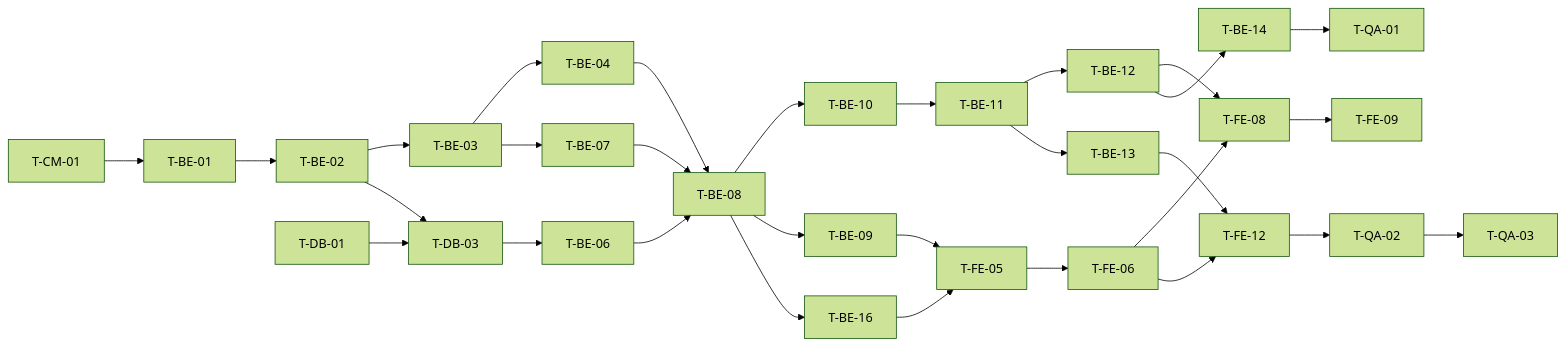
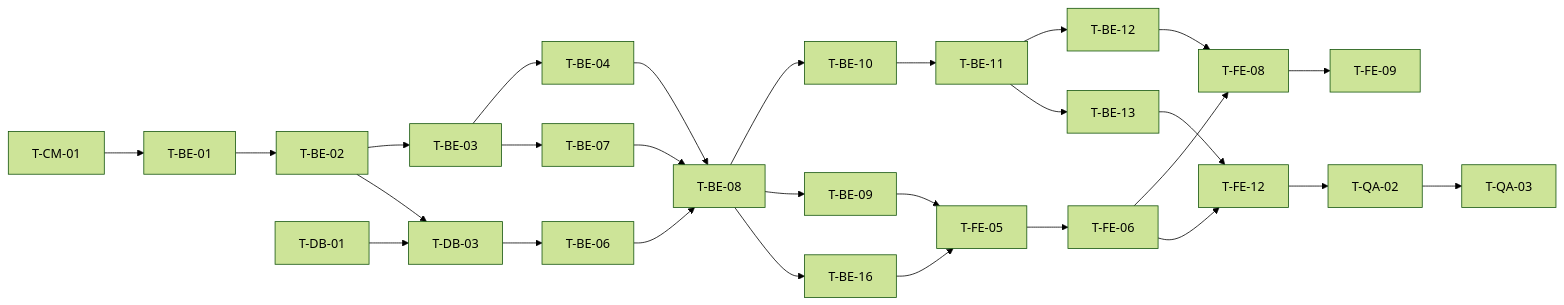
Before and after one commit to pomyeong/todolist-app: the diagram in docs/8-plan.md, drawn with Mermaid (forest theme). The commit also changed other lines of this file and 7 other files, not shown here.

````diff
--- a/docs/8-plan.md
+++ b/docs/8-plan.md
@@ -107,15 +109,14 @@
 ```mermaid
 flowchart LR
   CM01[T-CM-01] --> BE01[T-BE-01] --> BE02[T-BE-02] --> BE03[T-BE-03]
   DB01[T-DB-01] --> DB03[T-DB-03]
   BE02 --> DB03
   BE03 --> BE04[T-BE-04] --> BE08[T-BE-08]
   DB03 --> BE06[T-BE-06] --> BE08
   BE03 --> BE07[T-BE-07] --> BE08
   BE08 --> BE10[T-BE-10] --> BE11[T-BE-11] --> BE12[T-BE-12] --> FE08[T-FE-08] --> FE09[T-FE-09]
   BE11 --> BE13[T-BE-13] --> FE12[T-FE-12]
   BE08 --> BE09[T-BE-09] --> FE05[T-FE-05] --> FE06[T-FE-06] --> FE08
   BE08 --> BE16[T-BE-16] --> FE05
   FE06 --> FE12 --> QA02[T-QA-02] --> QA03[T-QA-03]
-  BE12 --> BE14[T-BE-14] --> QA01[T-QA-01]
 ```
````
